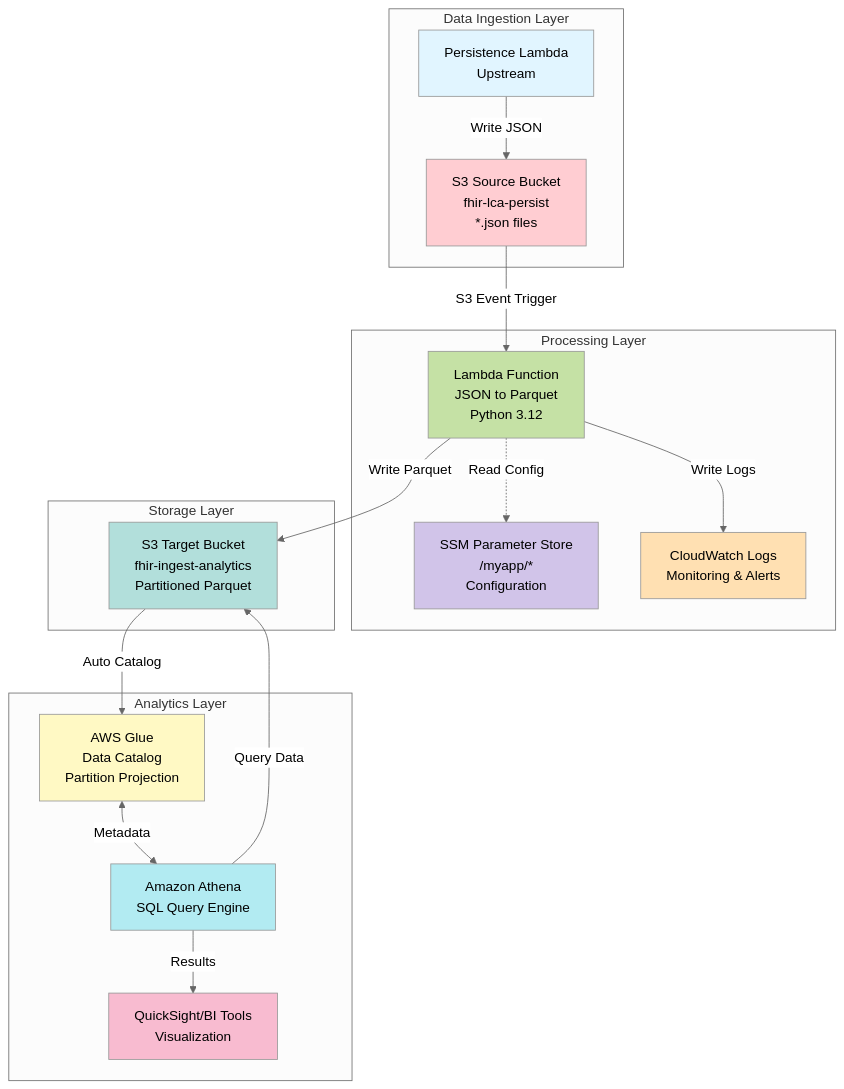
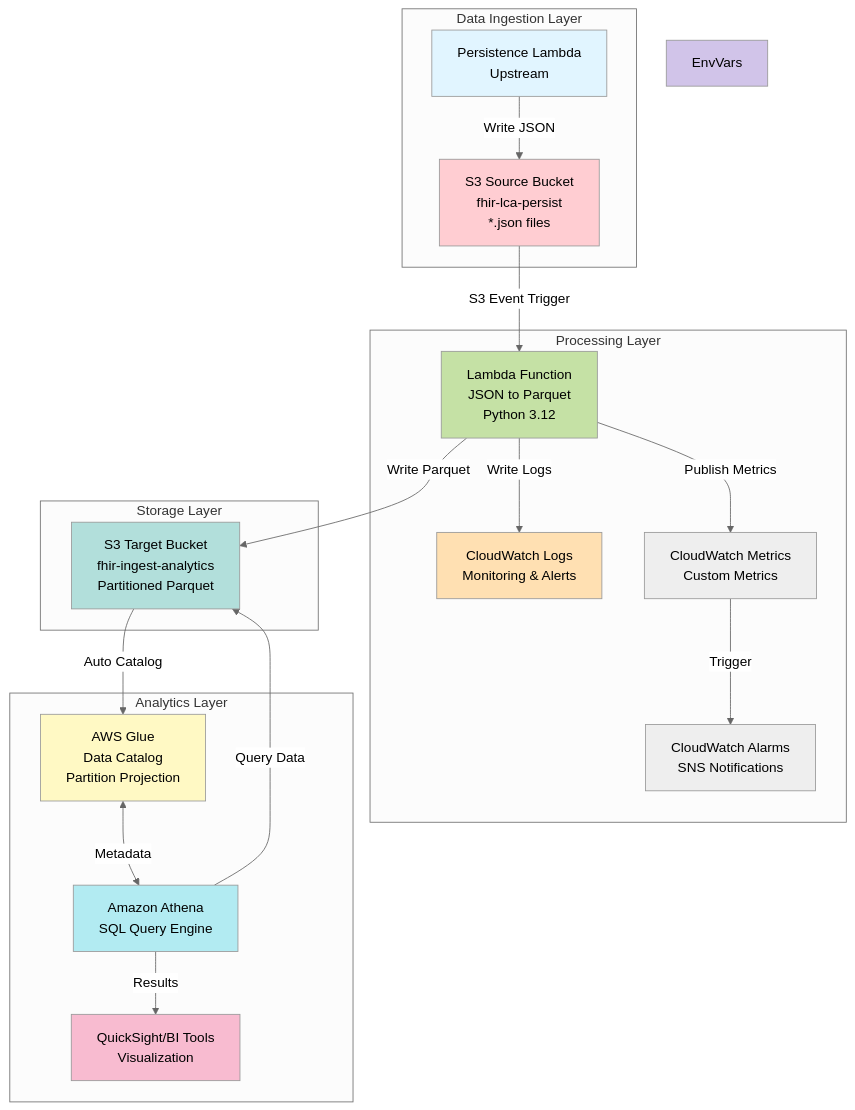
The first of 4 diagrams in docs/ARCHITECTURE.md (manifullstackdeveloper/aws_s3_parquet_athena_lambda), drawn with Mermaid (neutral theme) before and after one commit. The commit also changed other lines of this file and 27 other files, not shown here.

````diff
--- a/docs/ARCHITECTURE.md
+++ b/docs/ARCHITECTURE.md
@@ -9,43 +9,45 @@
 ```mermaid
 graph TB
     subgraph "Data Ingestion Layer"
         PL[Persistence Lambda<br/>Upstream]
         S3S[S3 Source Bucket<br/>fhir-lca-persist<br/>*.json files]
     end
     
     subgraph "Processing Layer"
         Lambda[Lambda Function<br/>JSON to Parquet<br/>Python 3.12]
-        SSM[SSM Parameter Store<br/>/myapp/*<br/>Configuration]
         CW[CloudWatch Logs<br/>Monitoring & Alerts]
+        Metrics[CloudWatch Metrics<br/>Custom Metrics]
+        Alarms[CloudWatch Alarms<br/>SNS Notifications]
     end
     
     subgraph "Storage Layer"
         S3T[S3 Target Bucket<br/>fhir-ingest-analytics<br/>Partitioned Parquet]
     end
     
     subgraph "Analytics Layer"
         Glue[AWS Glue<br/>Data Catalog<br/>Partition Projection]
         Athena[Amazon Athena<br/>SQL Query Engine]
         QS[QuickSight/BI Tools<br/>Visualization]
     end
     
     PL -->|Write JSON| S3S
     S3S -->|S3 Event Trigger| Lambda
-    Lambda -.->|Read Config| SSM
     Lambda -->|Write Logs| CW
+    Lambda -->|Publish Metrics| Metrics
+    Metrics -->|Trigger| Alarms
     Lambda -->|Write Parquet| S3T
     S3T -->|Auto Catalog| Glue
     Glue <-->|Metadata| Athena
     Athena -->|Query Data| S3T
     Athena -->|Results| QS
     
     style PL fill:#e1f5ff
     style S3S fill:#ffcdd2
     style Lambda fill:#c5e1a5
-    style SSM fill:#d1c4e9
+    style EnvVars fill:#d1c4e9
     style CW fill:#ffe0b2
     style S3T fill:#b2dfdb
     style Glue fill:#fff9c4
     style Athena fill:#b2ebf2
     style QS fill:#f8bbd0
 ```
````
